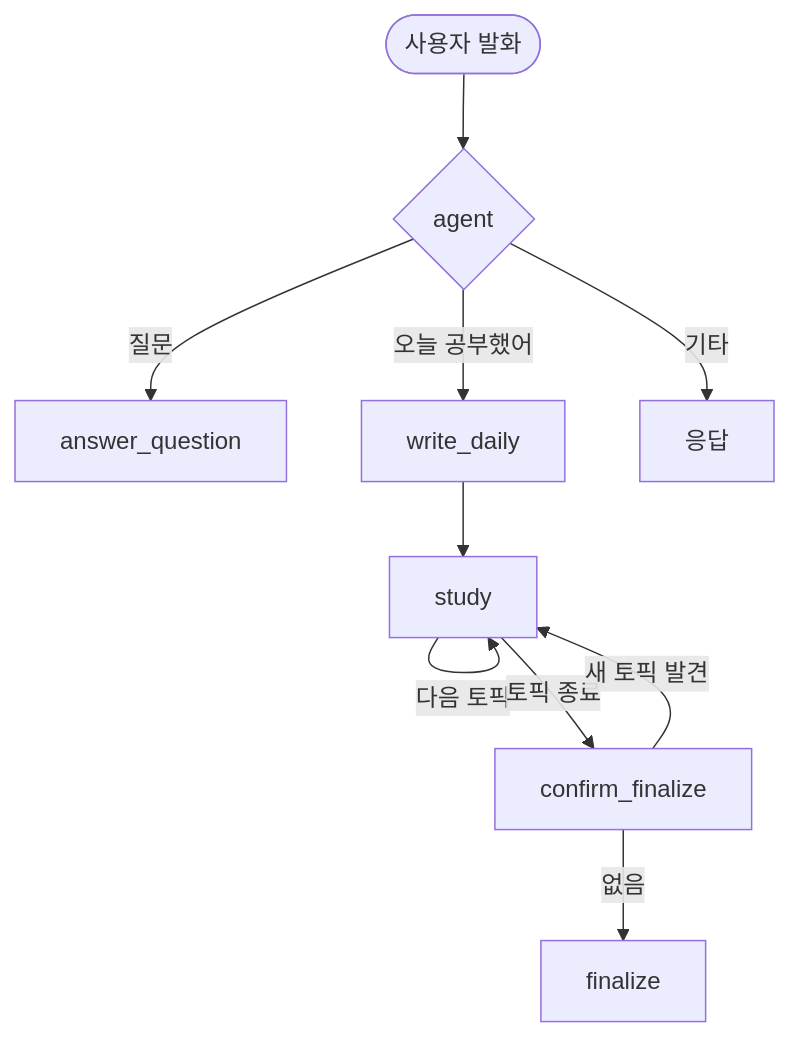
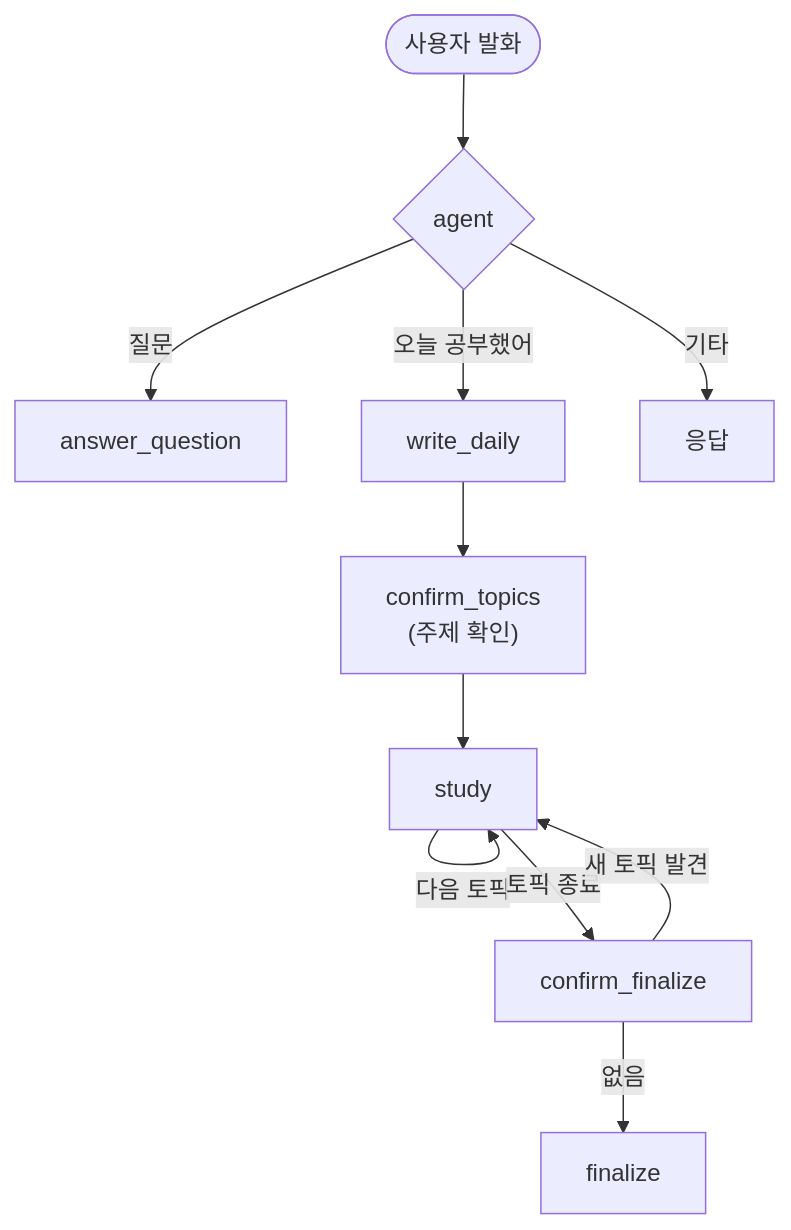
Before and after one commit to nuebaek/knowledge-gardener: the first of 2 diagrams in README.md, drawn with Mermaid. The commit also changed other lines of this file and 1 other file, not shown here.

````diff
--- a/README.md
+++ b/README.md
@@ -87,19 +106,20 @@
 ```mermaid
 flowchart TD
     U(["사용자 발화"]) --> A{"agent"}
 
     A -->|질문| AQ["answer_question"]
 
     A -->|"오늘 공부했어"| WD["write_daily"]
 
     A -->|기타| R["응답"]
 
-    WD --> S["study"]
+    WD --> TC["confirm_topics<br/>(주제 확인)"]
+    TC --> S["study"]
 
     S -->|"더 파고들기"| S
     S -->|"다음 토픽"| S
     S -->|"토픽 종료"| C["confirm_finalize"]
 
     C -->|"새 토픽 발견"| S
     C -->|"없음"| F["finalize"]
 ```
````
